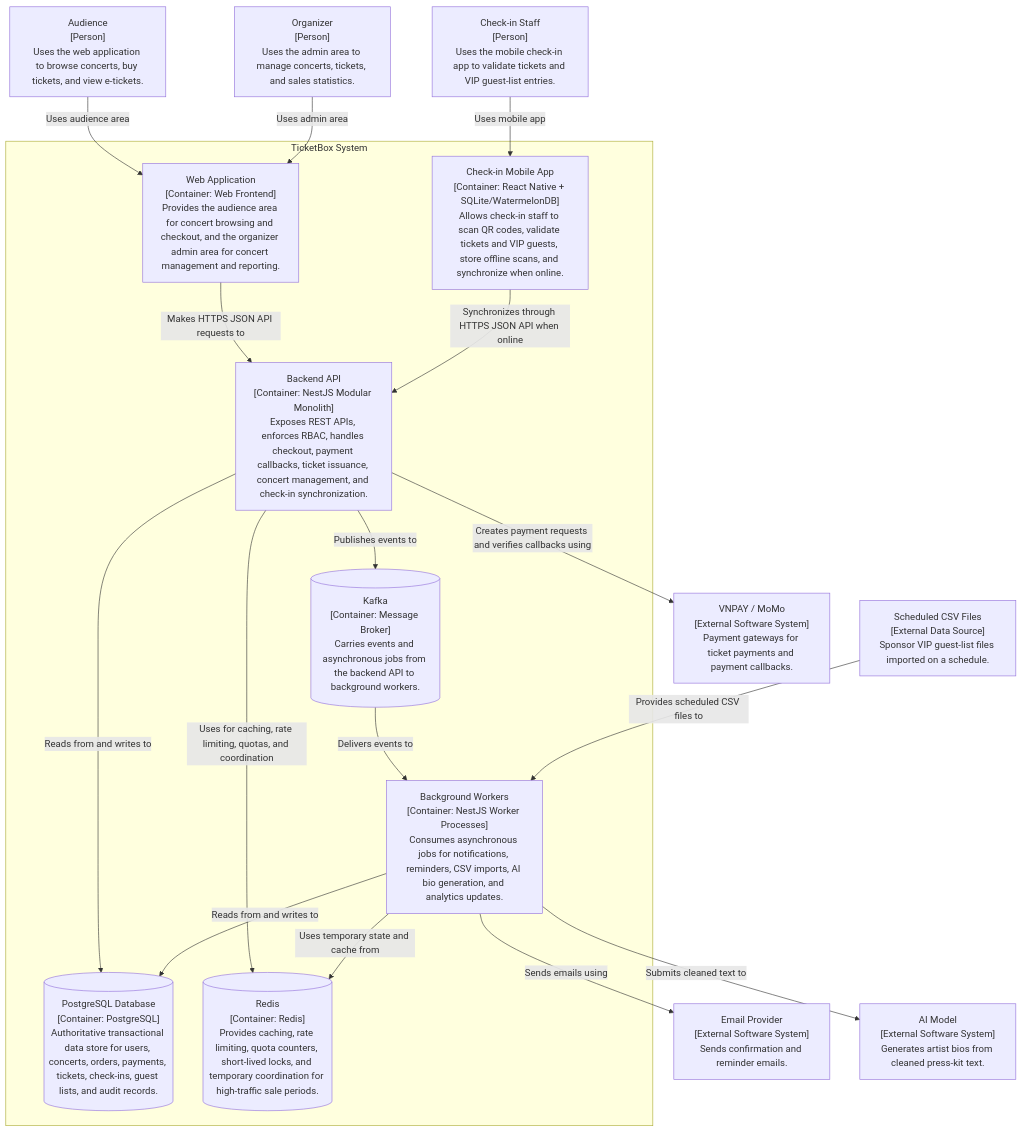
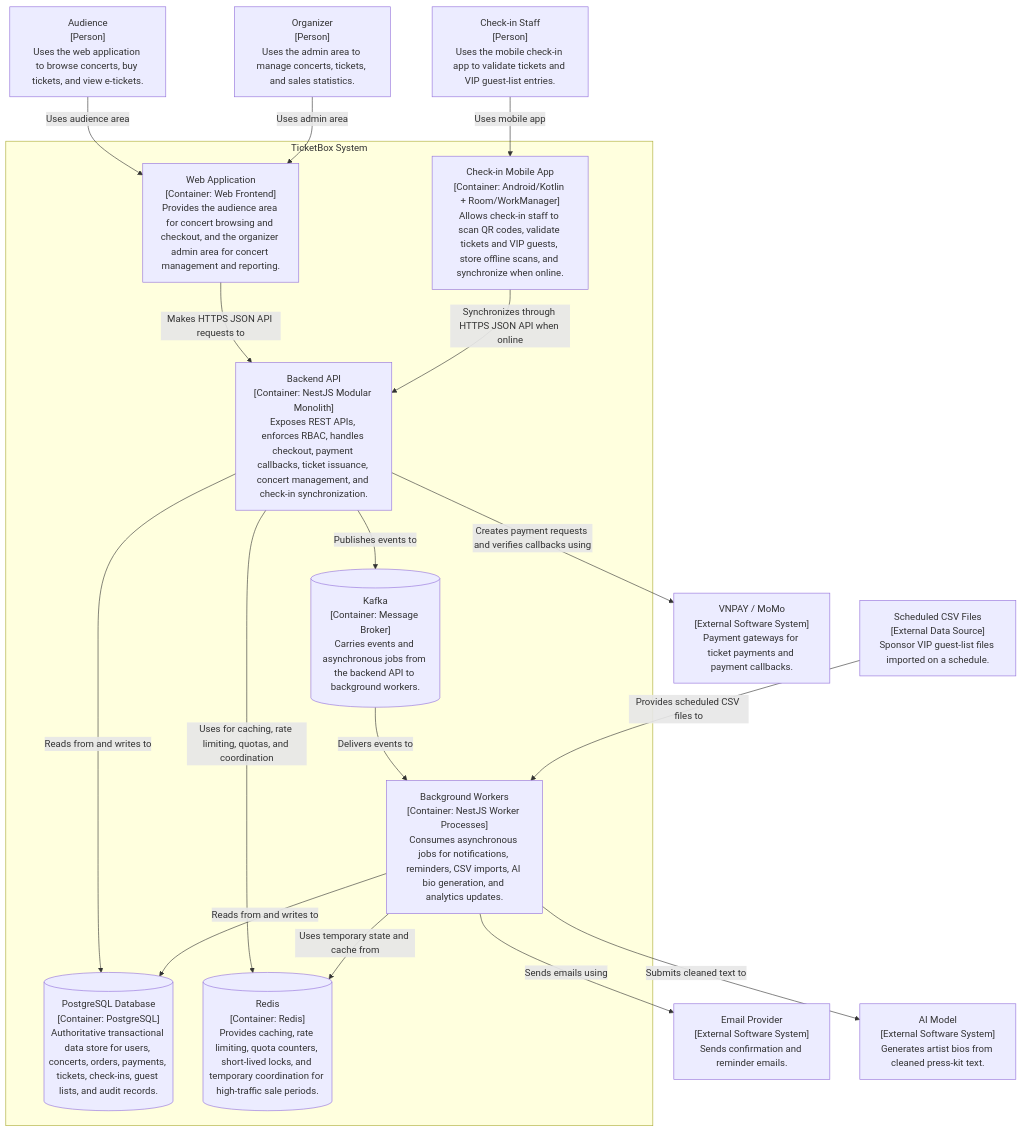
The second of 4 diagrams in openspec/changes/archive/2026-06-04-ticketbox-blueprint/design.md (Cao-Trong-Khang/TicketBox), drawn with Mermaid before and after one commit. The commit also changed 1 other file, not shown here.

Commit message:
docs: change mobile technology from React Native to Android Kotlin

````diff
--- a/openspec/changes/archive/2026-06-04-ticketbox-blueprint/design.md
+++ b/openspec/changes/archive/2026-06-04-ticketbox-blueprint/design.md
@@ -51,47 +51,47 @@
 ```mermaid
 flowchart TB
     audience["Audience<br/>[Person]<br/>Uses the web application to browse concerts, buy tickets, and view e-tickets."]
     organizer["Organizer<br/>[Person]<br/>Uses the admin area to manage concerts, tickets, and sales statistics."]
     staff["Check-in Staff<br/>[Person]<br/>Uses the mobile check-in app to validate tickets and VIP guest-list entries."]
 
     payment["VNPAY / MoMo<br/>[External Software System]<br/>Payment gateways for ticket payments and payment callbacks."]
     email["Email Provider<br/>[External Software System]<br/>Sends confirmation and reminder emails."]
     ai["AI Model<br/>[External Software System]<br/>Generates artist bios from cleaned press-kit text."]
     csv["Scheduled CSV Files<br/>[External Data Source]<br/>Sponsor VIP guest-list files imported on a schedule."]
 
     subgraph ticketbox["TicketBox System"]
         web["Web Application<br/>[Container: Web Frontend]<br/>Provides the audience area for concert browsing and checkout, and the organizer admin area for concert management and reporting."]
 
-        mobile["Check-in Mobile App<br/>[Container: React Native + SQLite/WatermelonDB]<br/>Allows check-in staff to scan QR codes, validate tickets and VIP guests, store offline scans, and synchronize when online."]
+        mobile["Check-in Mobile App<br/>[Container: Android/Kotlin + Room/WorkManager]<br/>Allows check-in staff to scan QR codes, validate tickets and VIP guests, store offline scans, and synchronize when online."]
 
         api["Backend API<br/>[Container: NestJS Modular Monolith]<br/>Exposes REST APIs, enforces RBAC, handles checkout, payment callbacks, ticket issuance, concert management, and check-in synchronization."]
 
         workers["Background Workers<br/>[Container: NestJS Worker Processes]<br/>Consumes asynchronous jobs for notifications, reminders, CSV imports, AI bio generation, and analytics updates."]
 
         postgres[("PostgreSQL Database<br/>[Container: PostgreSQL]<br/>Authoritative transactional data store for users, concerts, orders, payments, tickets, check-ins, guest lists, and audit records.")]
 
         redis[("Redis<br/>[Container: Redis]<br/>Provides caching, rate limiting, quota counters, short-lived locks, and temporary coordination for high-traffic sale periods.")]
 
         kafka[("Kafka<br/>[Container: Message Broker]<br/>Carries events and asynchronous jobs from the backend API to background workers.")]
     end
 
     audience -->|"Uses audience area"| web
     organizer -->|"Uses admin area"| web
     staff -->|"Uses mobile app"| mobile
 
     web -->|"Makes HTTPS JSON API requests to"| api
     mobile -->|"Synchronizes through HTTPS JSON API when online"| api
 
     api -->|"Reads from and writes to"| postgres
     api -->|"Uses for caching, rate limiting, quotas, and coordination"| redis
     api -->|"Publishes events to"| kafka
 
     kafka -->|"Delivers events to"| workers
     workers -->|"Reads from and writes to"| postgres
     workers -->|"Uses temporary state and cache from"| redis
 
     api -->|"Creates payment requests and verifies callbacks using"| payment
     workers -->|"Sends emails using"| email
     workers -->|"Submits cleaned text to"| ai
     csv -->|"Provides scheduled CSV files to"| workers
 ```
````
